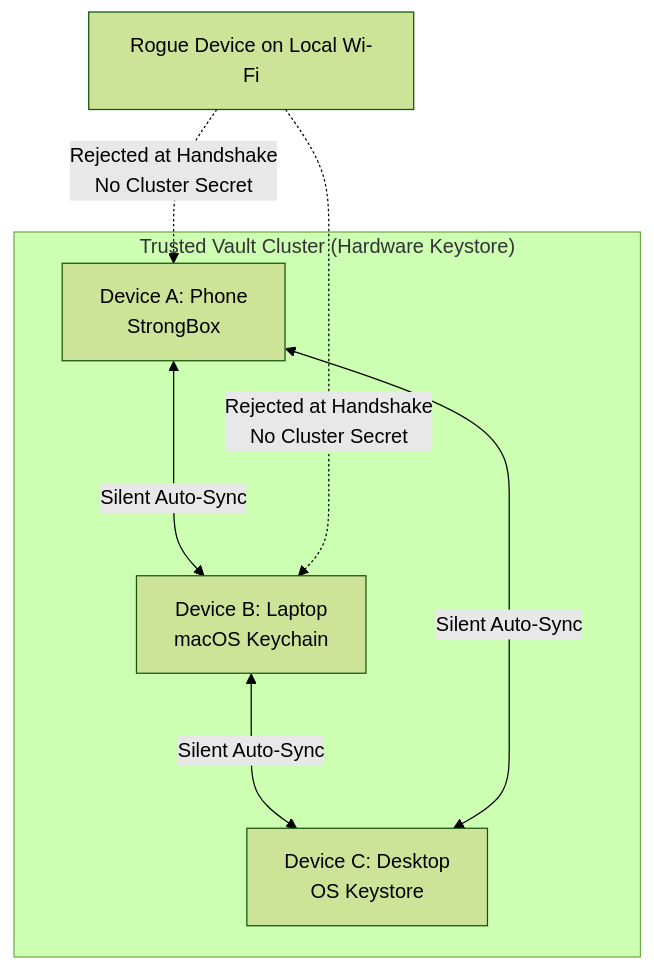
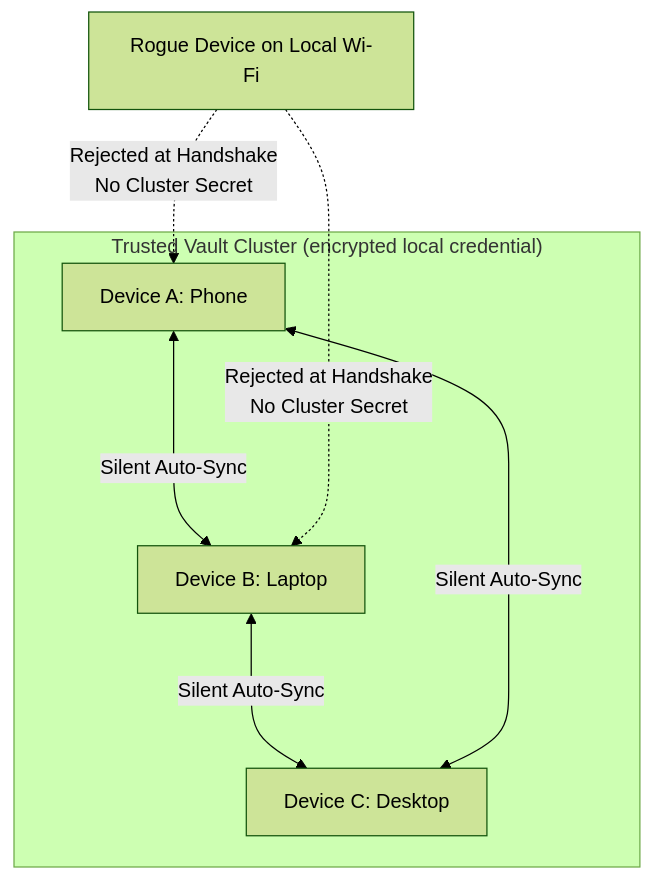
Before and after one commit to ede73/safe: the first of 4 diagrams in SYNCHRONIZATION.md, drawn with Mermaid (forest theme). The commit also changed other lines of this file and 45 other files, not shown here.

Commit message:
Harden encrypted P2P vault synchronization

````diff
--- a/SYNCHRONIZATION.md
+++ b/SYNCHRONIZATION.md
@@ -33,11 +51,11 @@
 ```mermaid
 graph TD
-    subgraph "Trusted Vault Cluster (Hardware Keystore)"
-        A[Device A: Phone<br/>StrongBox] <--->|Silent Auto-Sync| B[Device B: Laptop<br/>macOS Keychain]
-        B <--->|Silent Auto-Sync| C[Device C: Desktop<br/>OS Keystore]
+    subgraph "Trusted Vault Cluster (encrypted local credential)"
+        A[Device A: Phone] <--->|Silent Auto-Sync| B[Device B: Laptop]
+        B <--->|Silent Auto-Sync| C[Device C: Desktop]
         A <--->|Silent Auto-Sync| C
     end
     
     Hacker[Rogue Device on Local Wi-Fi] -.->|Rejected at Handshake<br/>No Cluster Secret| A
     Hacker -.->|Rejected at Handshake<br/>No Cluster Secret| B
 ```
````
